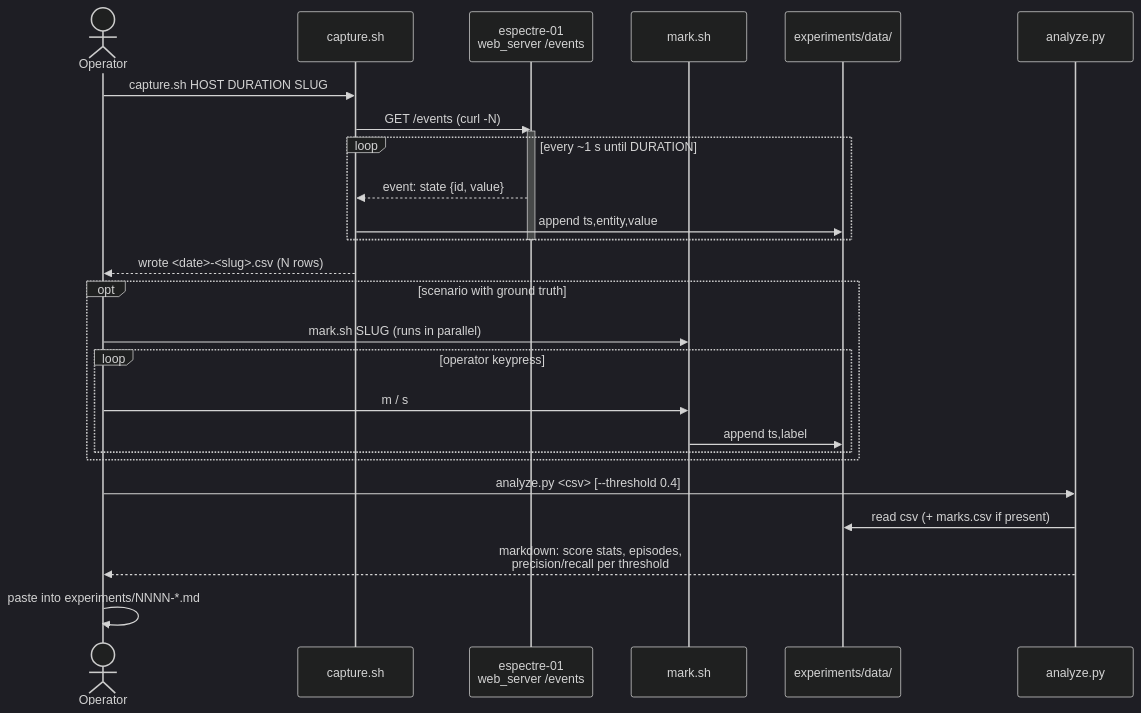
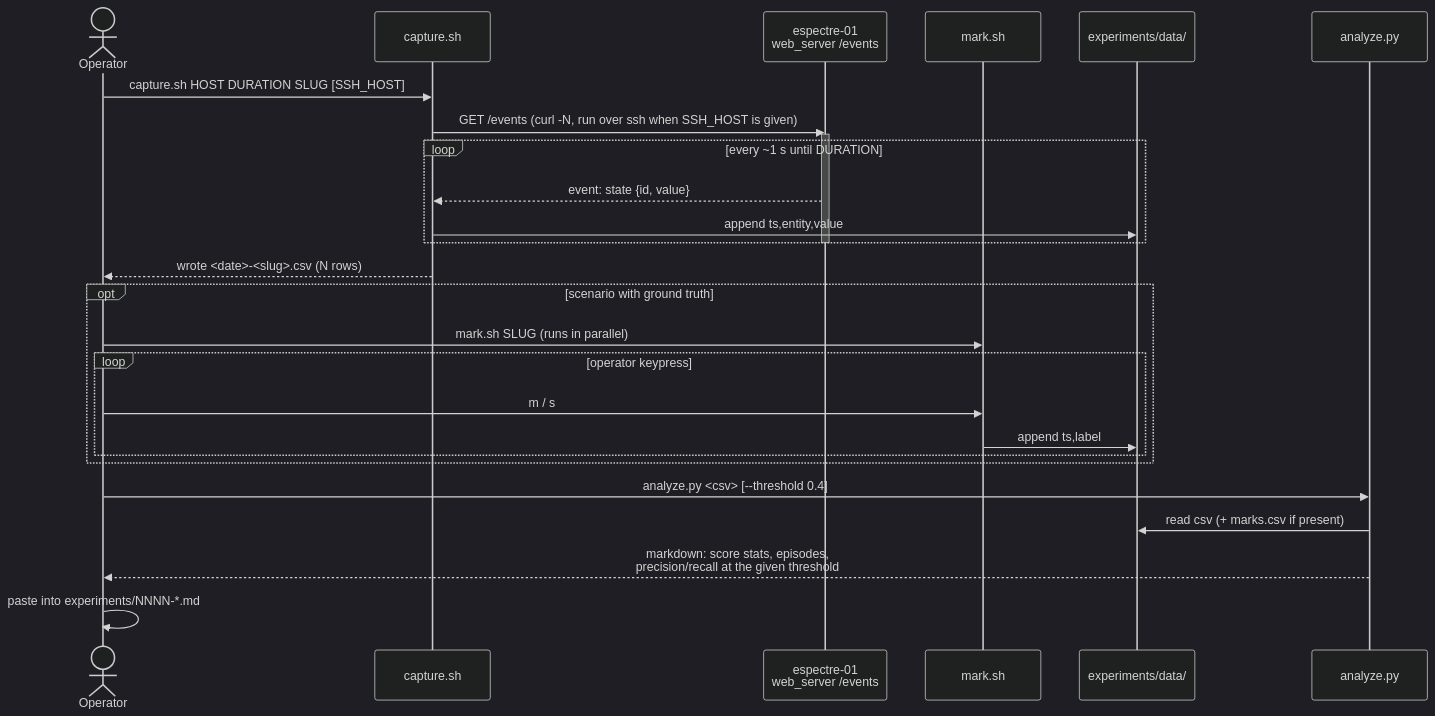
One commit to benoit-bremaud/espectre-lab changed the diagram in docs/architecture/diagrams/experiment-capture/02-sequence-run.md. Above: the diagram before and after it, drawn with Mermaid (dark theme). The commit also changed 12 other files, not shown here.

````diff
--- a/docs/architecture/diagrams/experiment-capture/02-sequence-run.md
+++ b/docs/architecture/diagrams/experiment-capture/02-sequence-run.md
@@ -6,32 +6,32 @@
 ```mermaid
 sequenceDiagram
     actor Op as Operator
     participant CAP as capture.sh
     participant ESP as espectre-01<br/>web_server /events
     participant MARK as mark.sh
     participant FS as experiments/data/
     participant PY as analyze.py
 
-    Op->>CAP: capture.sh HOST DURATION SLUG
-    CAP->>ESP: GET /events (curl -N)
+    Op->>CAP: capture.sh HOST DURATION SLUG [SSH_HOST]
+    CAP->>ESP: GET /events (curl -N, run over ssh when SSH_HOST is given)
     activate ESP
     loop every ~1 s until DURATION
         ESP-->>CAP: event: state {id, value}
         CAP->>FS: append ts,entity,value
     end
     deactivate ESP
     CAP-->>Op: wrote <date>-<slug>.csv (N rows)
 
     opt scenario with ground truth
         Op->>MARK: mark.sh SLUG  (runs in parallel)
         loop operator keypress
             Op->>MARK: m / s
             MARK->>FS: append ts,label
         end
     end
 
     Op->>PY: analyze.py <csv> [--threshold 0.4]
     PY->>FS: read csv (+ marks.csv if present)
-    PY-->>Op: markdown: score stats, episodes,<br/>precision/recall per threshold
+    PY-->>Op: markdown: score stats, episodes,<br/>precision/recall at the given threshold
     Op->>Op: paste into experiments/NNNN-*.md
 ```
````
